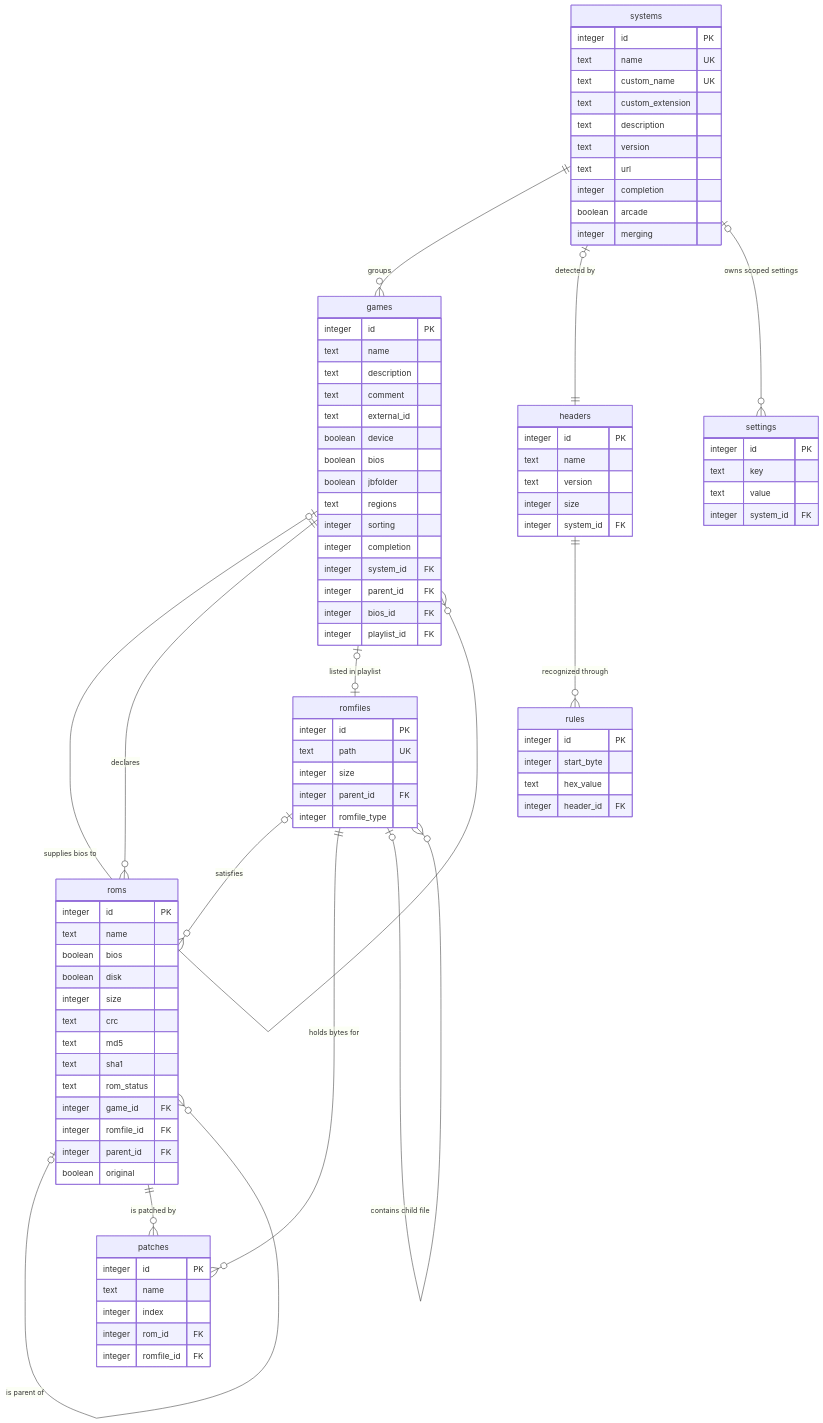
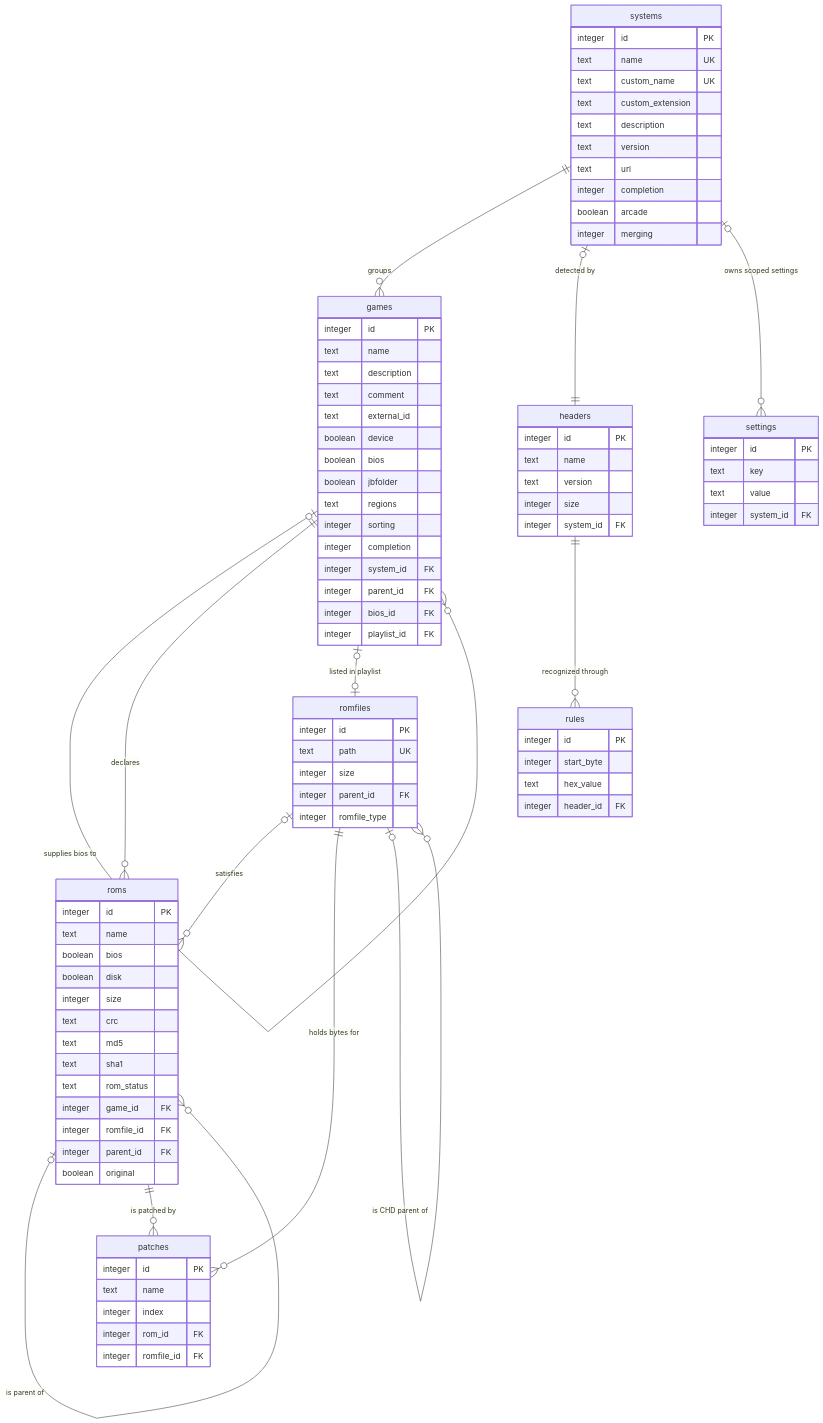
The first of 2 diagrams in openwiki/architecture/data-model-and-migrations.md (alucryd/oxyromon), drawn with Mermaid before and after one commit. The commit also changed other lines of this file and 69 other files, not shown here.

```diff
--- a/openwiki/architecture/data-model-and-migrations.md
+++ b/openwiki/architecture/data-model-and-migrations.md
@@ -177,7 +191,7 @@
   games |o--o| romfiles : "listed in playlist"
   systems |o--|| headers : "detected by"
   headers ||--o{ rules : "recognized through"
-  romfiles |o--o{ romfiles : "contains child file"
+  romfiles |o--o{ romfiles : "is CHD parent of"
   systems |o--o{ settings : "owns scoped settings"
   systems {
     integer id PK
```
